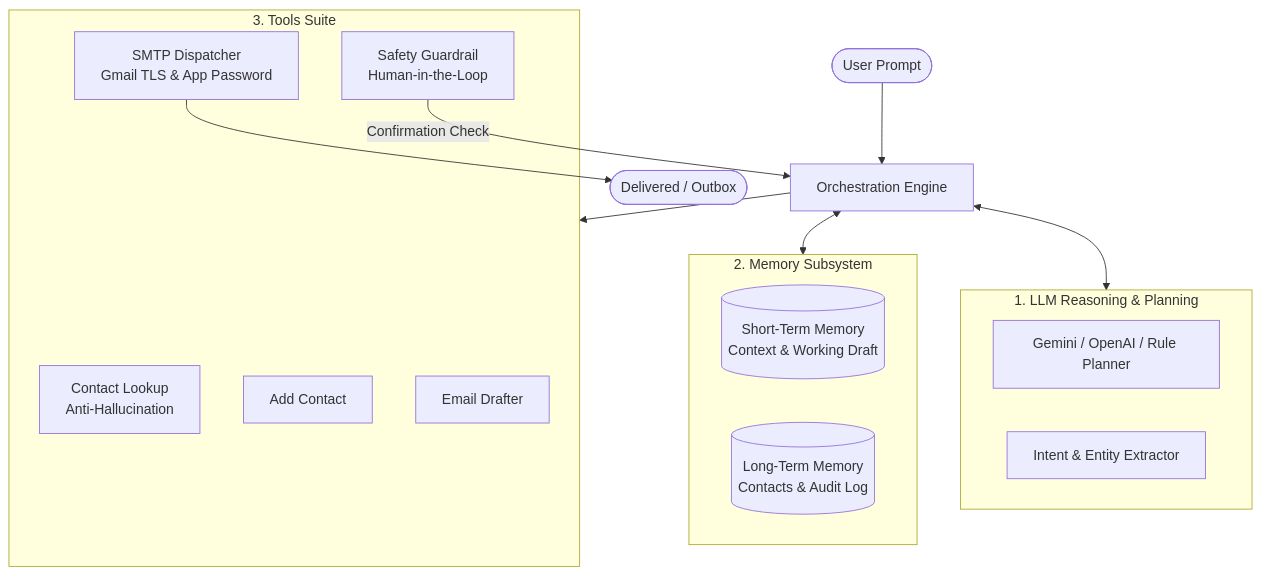
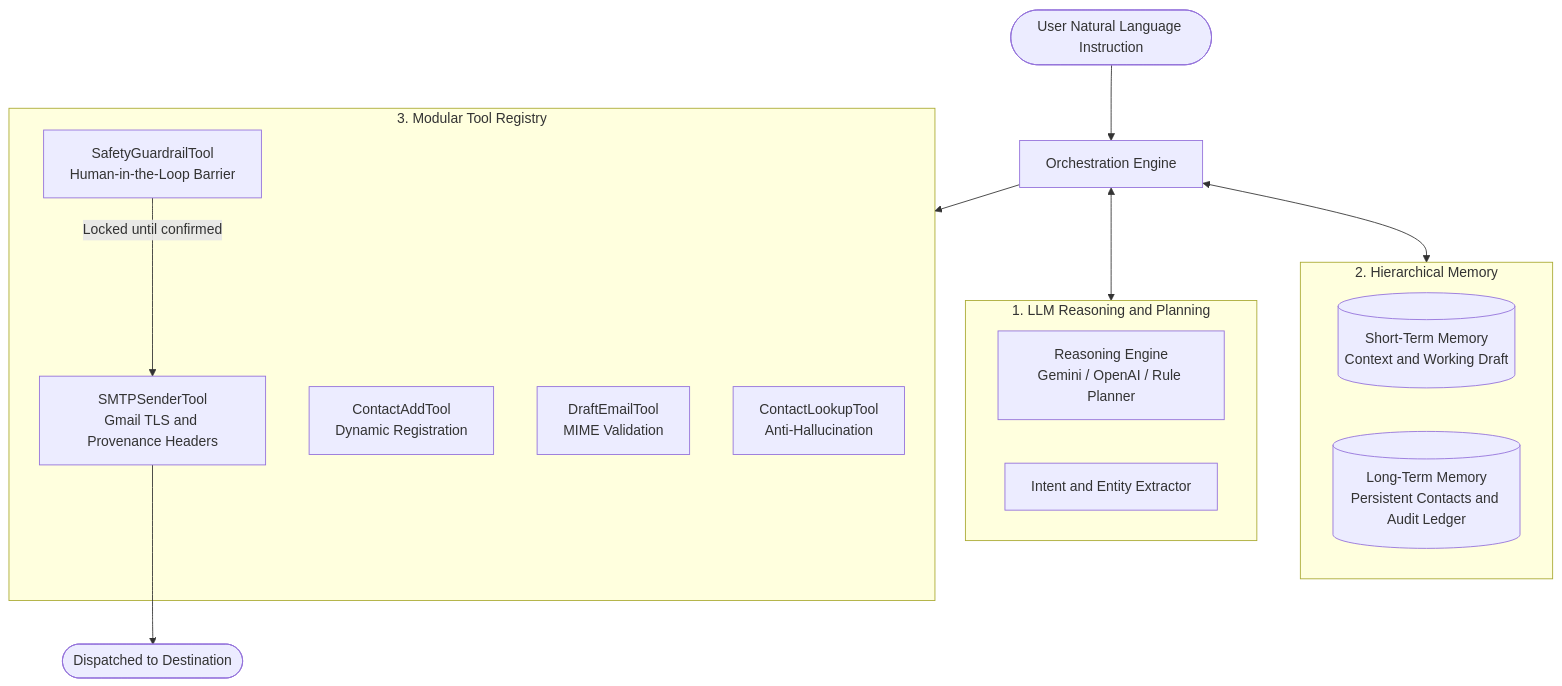
The diagram in README.md (vanshjakhodia/AI-Agent), drawn with Mermaid before and after one commit. The commit also changed other lines of this file and 1 other file, not shown here.

Commit message:
Upgrade README with colorful badges, frontend/backend architecture, MIT license, and math fixes

````diff
--- a/README.md
+++ b/README.md
@@ -17,28 +23,28 @@
 ```mermaid
 flowchart TD
-    User([User Prompt]) --> Orchestrator[Orchestration Engine]
-    
-    subgraph Reasoning["1. LLM Reasoning & Planning"]
-        LLM[Gemini / OpenAI / Rule Planner]
-        IntentParser[Intent & Entity Extractor]
-    end
-    
-    subgraph MemorySys["2. Memory Subsystem"]
-        STM[(Short-Term Memory<br/>Context & Working Draft)]
-        LTM[(Long-Term Memory<br/>Contacts & Audit Log)]
-    end
-    
-    subgraph ToolsSys["3. Tools Suite"]
-        LookupTool[Contact Lookup<br/>Anti-Hallucination]
-        AddTool[Add Contact]
-        DraftTool[Email Drafter]
-        SMTPTool[SMTP Dispatcher<br/>Gmail TLS & App Password]
-        GuardrailTool[Safety Guardrail<br/>Human-in-the-Loop]
+    User([User Natural Language Instruction]) --> Orch[Orchestration Engine]
+
+    subgraph LLM_Reasoning [1. LLM Reasoning and Planning]
+        LLM[Reasoning Engine<br/>Gemini / OpenAI / Rule Planner]
+        Parser[Intent and Entity Extractor]
     end
 
-    Orchestrator <--> Reasoning
-    Orchestrator <--> MemorySys
-    Orchestrator --> ToolsSys
-    GuardrailTool -->|Confirmation Check| Orchestrator
-    SMTPTool --> Outbox([Delivered / Outbox])
+    subgraph Memory_System [2. Hierarchical Memory]
+        STM[(Short-Term Memory<br/>Context and Working Draft)]
+        LTM[(Long-Term Memory<br/>Persistent Contacts and Audit Ledger)]
+    end
+
+    subgraph Tool_Suite [3. Modular Tool Registry]
+        LookupTool[ContactLookupTool<br/>Anti-Hallucination]
+        AddTool[ContactAddTool<br/>Dynamic Registration]
+        DraftTool[DraftEmailTool<br/>MIME Validation]
+        GuardrailTool[SafetyGuardrailTool<br/>Human-in-the-Loop Barrier]
+        SMTPTool[SMTPSenderTool<br/>Gmail TLS and Provenance Headers]
+    end
+
+    Orch <--> LLM_Reasoning
+    Orch <--> Memory_System
+    Orch --> Tool_Suite
+    GuardrailTool -->|Locked until confirmed| SMTPTool
+    SMTPTool --> Outbox([Dispatched to Destination])
 ```
````
